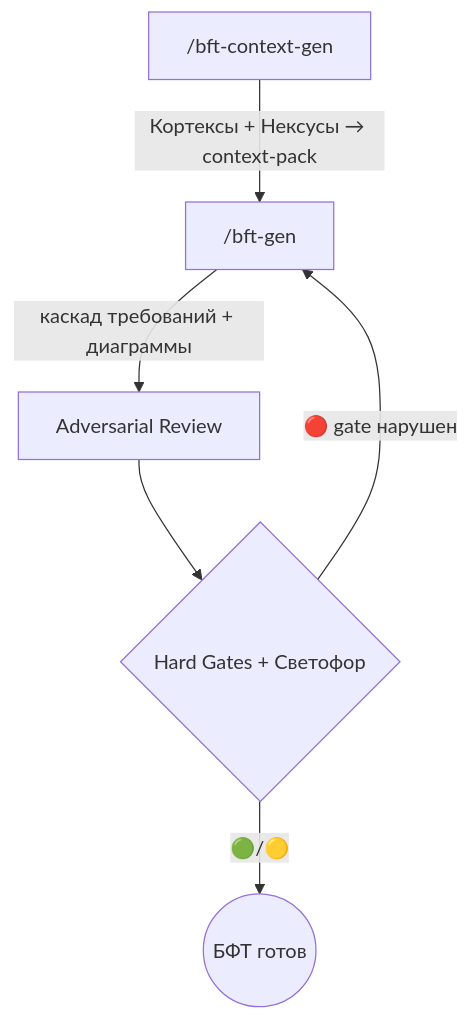
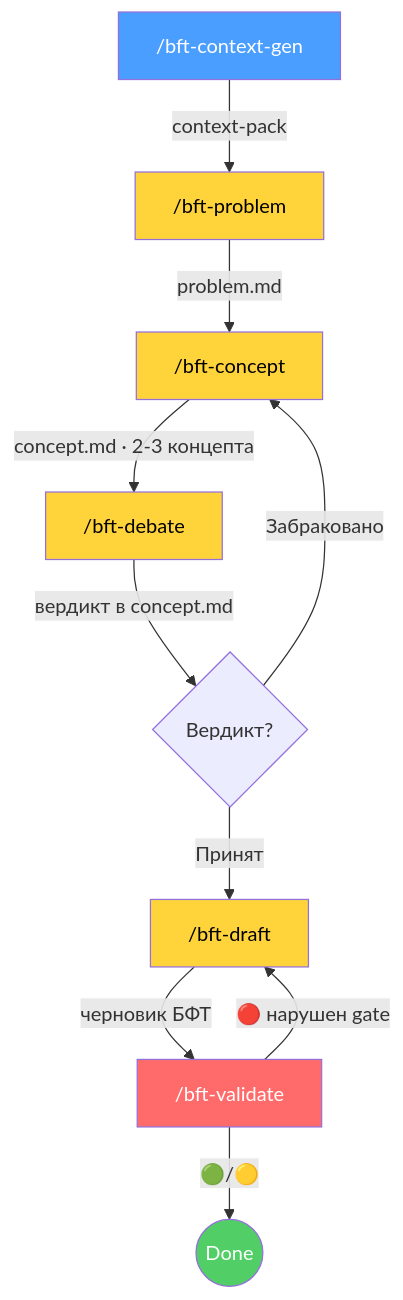
One commit to kibarik/po-helper changed the diagram in README.md. Above: the diagram before and after it, drawn with Mermaid. The commit also changed other lines of this file and 8 other files, not shown here.

````diff
--- a/README.md
+++ b/README.md
@@ -36,8 +27,22 @@
 ```mermaid
 flowchart TD
-    A["/bft-context-gen"] -->|"Кортексы + Нексусы → context-pack"| B["/bft-gen"]
-    B -->|"каскад требований + диаграммы"| C["Adversarial Review"]
-    C --> D{"Hard Gates + Светофор"}
-    D -->|"🔴 gate нарушен"| B
-    D -->|"🟢/🟡"| E(("БФТ готов"))
+    A["/bft-context-gen"] -->|"context-pack"| B["/bft-problem"]
+    B -->|"problem.md"| C["/bft-concept"]
+    C -->|"concept.md · 2-3 концепта"| D["/bft-debate"]
+    D -->|"вердикт в concept.md"| E{Вердикт?}
+
+    E -->|"Принят"| F["/bft-draft"]
+    E -->|"Забраковано"| C
+
+    F -->|"черновик БФТ"| G["/bft-validate"]
+    G -->|"🟢/🟡"| H(("Done"))
+    G -->|"🔴 нарушен gate"| F
+
+    style A fill:#4a9eff,color:#fff
+    style B fill:#ffd43b,color:#000
+    style C fill:#ffd43b,color:#000
+    style D fill:#ffd43b,color:#000
+    style F fill:#ffd43b,color:#000
+    style G fill:#ff6b6b,color:#fff
+    style H fill:#51cf66,color:#fff
 ```
````
